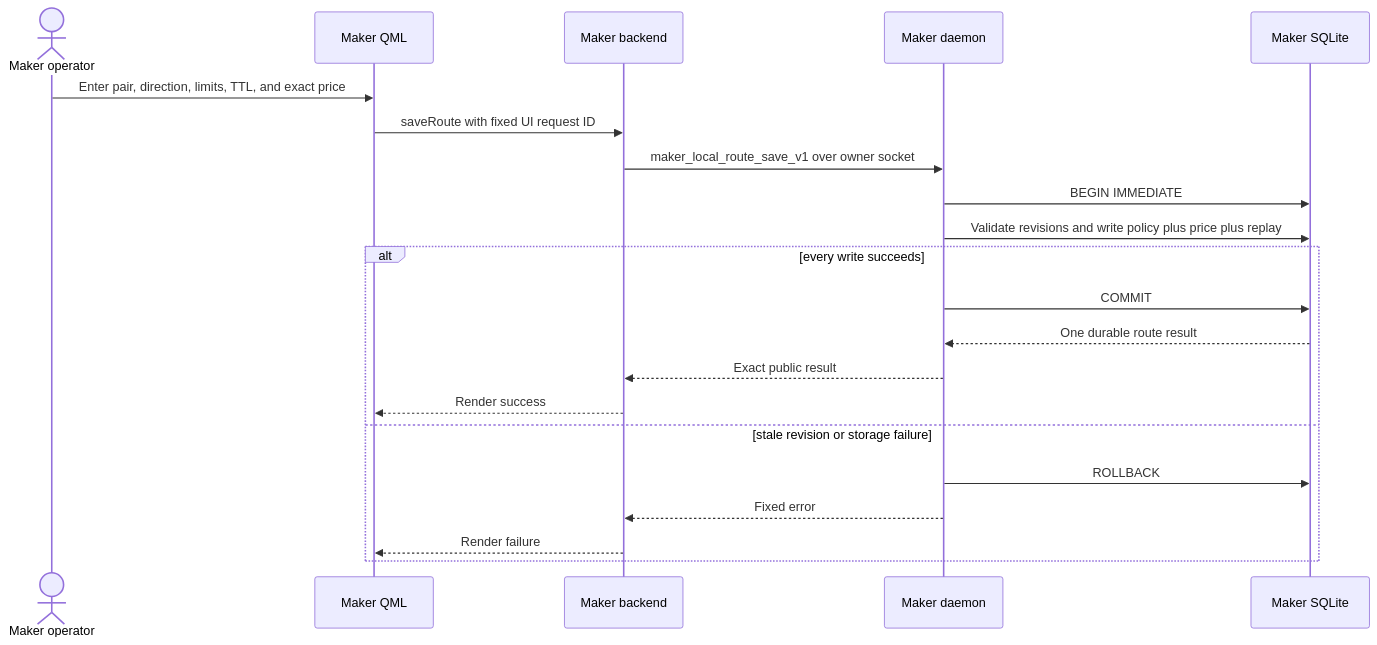
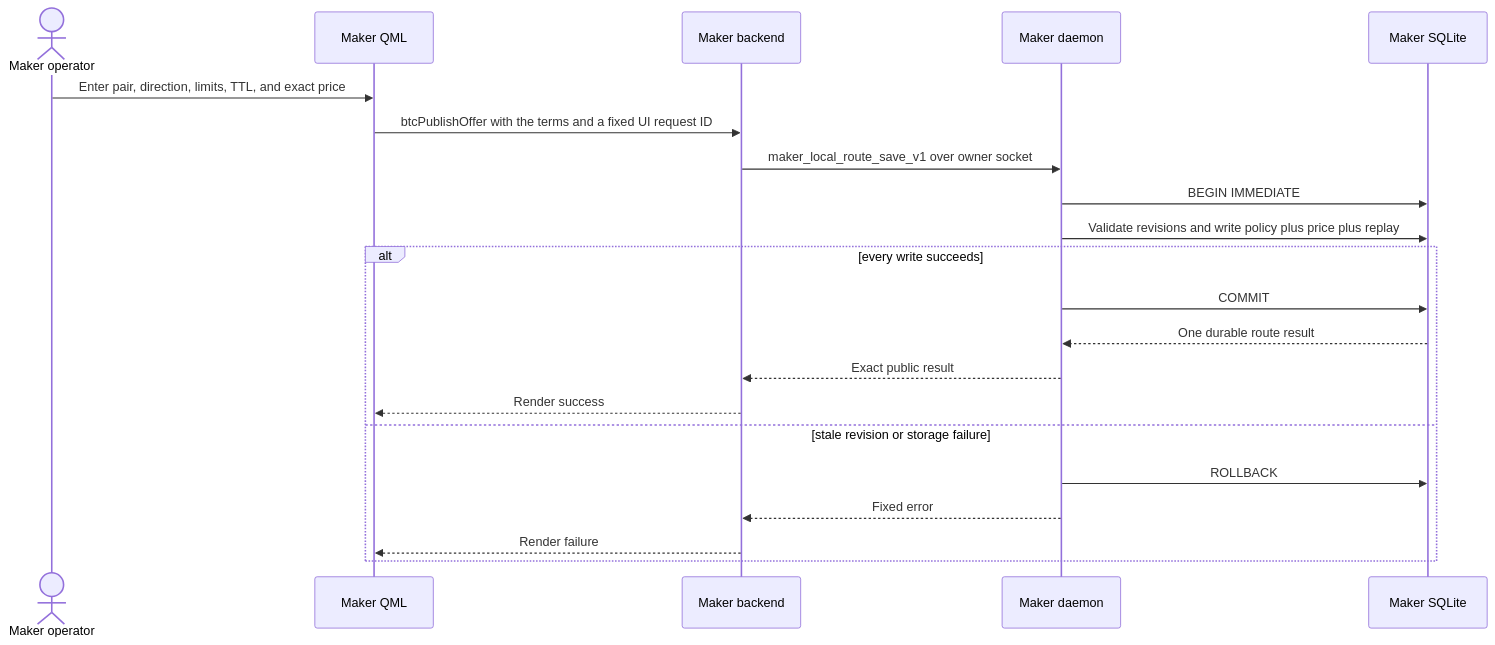
One commit to gateway-fm/lez-atomic-swaps changed the second of 6 diagrams in docs/architecture/0147-isolate-basecamp-role-packages-over-owner-services.md. Above: the diagram before and after it, drawn with Mermaid. The commit also changed 31 other files, not shown here.

````diff
--- a/docs/architecture/0147-isolate-basecamp-role-packages-over-owner-services.md
+++ b/docs/architecture/0147-isolate-basecamp-role-packages-over-owner-services.md
@@ -70,23 +70,23 @@
 ```mermaid
 sequenceDiagram
     actor Maker as Maker operator
     participant QML as Maker QML
     participant Host as Maker backend
     participant Daemon as Maker daemon
     participant DB as Maker SQLite
     Maker->>QML: Enter pair, direction, limits, TTL, and exact price
-    QML->>Host: saveRoute with fixed UI request ID
+    QML->>Host: btcPublishOffer with the terms and a fixed UI request ID
     Host->>Daemon: maker_local_route_save_v1 over owner socket
     Daemon->>DB: BEGIN IMMEDIATE
     Daemon->>DB: Validate revisions and write policy plus price plus replay
     alt every write succeeds
         Daemon->>DB: COMMIT
         DB-->>Daemon: One durable route result
         Daemon-->>Host: Exact public result
         Host-->>QML: Render success
     else stale revision or storage failure
         Daemon->>DB: ROLLBACK
         Daemon-->>Host: Fixed error
         Host-->>QML: Render failure
     end
 ```
````
